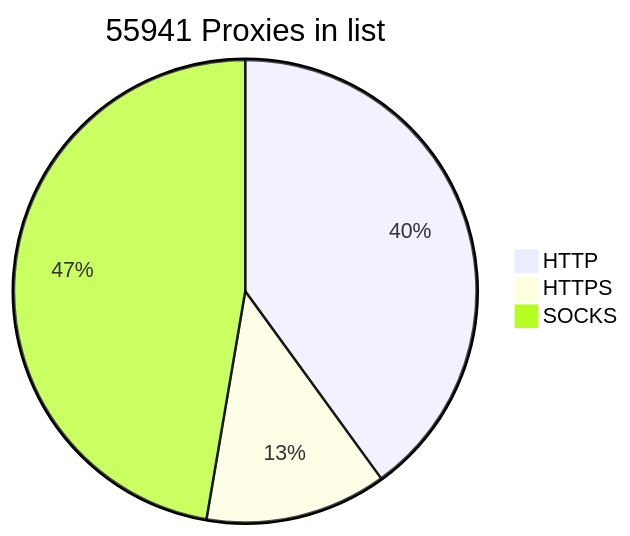
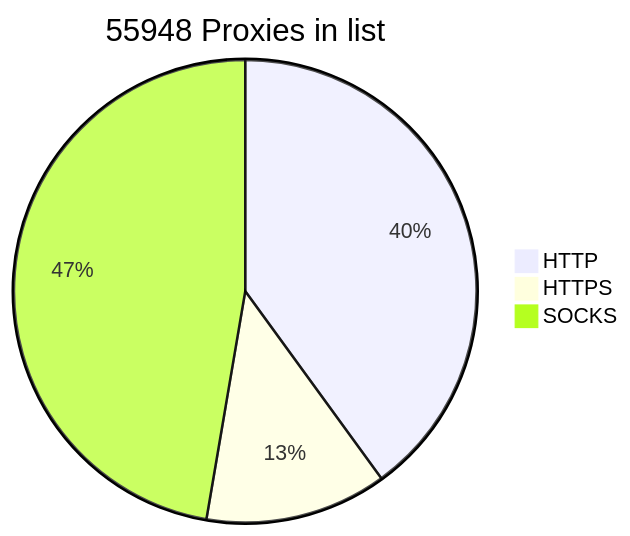
One commit to BlackSnowDot/proxylist-update-every-minute changed the diagram in README.md. Above: the diagram before and after it, drawn with Mermaid.

````diff
--- a/README.md
+++ b/README.md
@@ -2,6 +2,6 @@
 ```mermaid
-pie title 55941 Proxies in list
-    "HTTP" : 25084
-    "HTTPS": 7949
+pie title 55948 Proxies in list
+    "HTTP" : 25078
+    "HTTPS": 7961
     "SOCKS" : 29669
 ```
````
